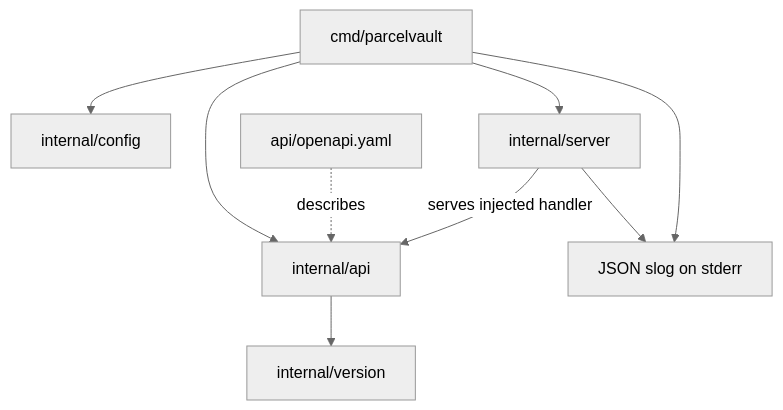
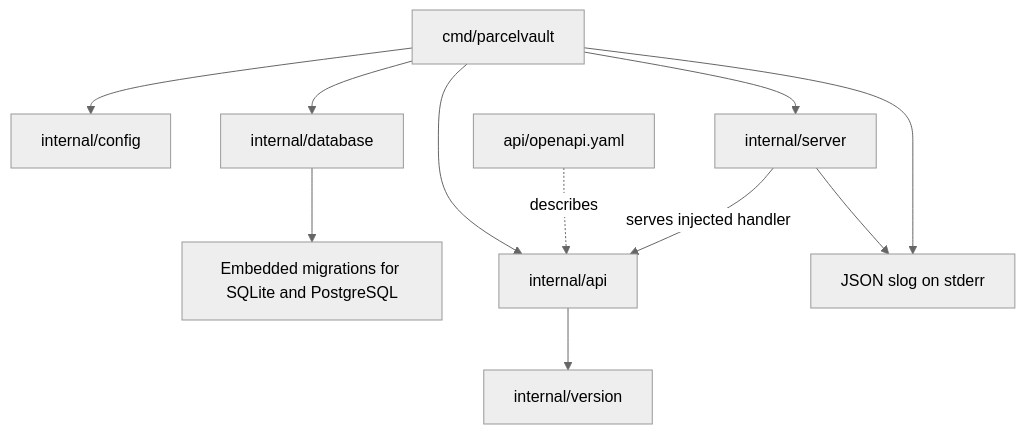
Before and after one commit to lfreixial/ParcelVault: the first of 4 diagrams in docs/diagrams/scaffold.md, drawn with Mermaid (neutral theme). The commit also changed other lines of this file and 16 other files, not shown here.

````diff
--- a/docs/diagrams/scaffold.md
+++ b/docs/diagrams/scaffold.md
@@ -5,11 +5,13 @@
 ```mermaid
 flowchart TD
     Main[cmd/parcelvault] --> Config[internal/config]
+    Main --> DB[internal/database]
+    DB --> SQL[Embedded migrations for SQLite and PostgreSQL]
     Main --> API[internal/api]
     Main --> Server[internal/server]
     API --> Version[internal/version]
     Contract[api/openapi.yaml] -. describes .-> API
     Server -->|serves injected handler| API
     Main --> Logger[JSON slog on stderr]
     Server --> Logger
 ```
````
